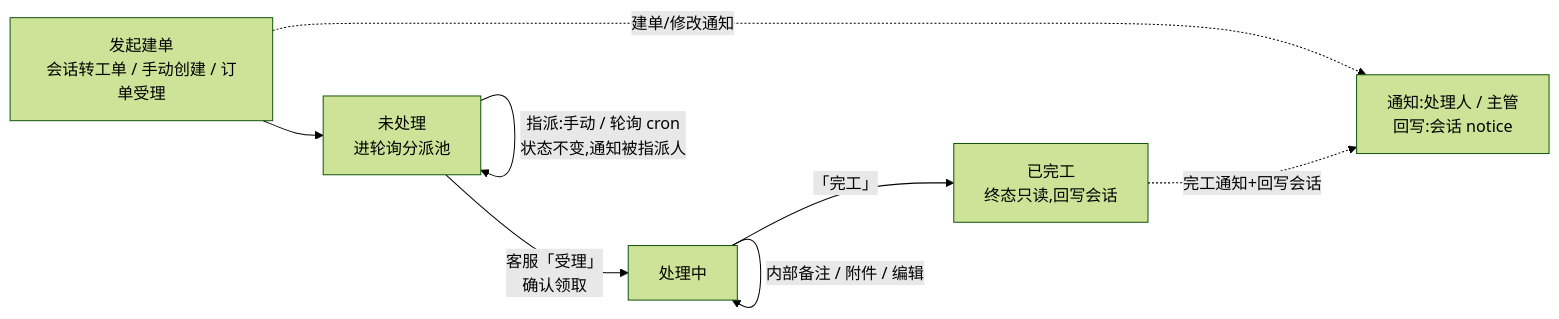
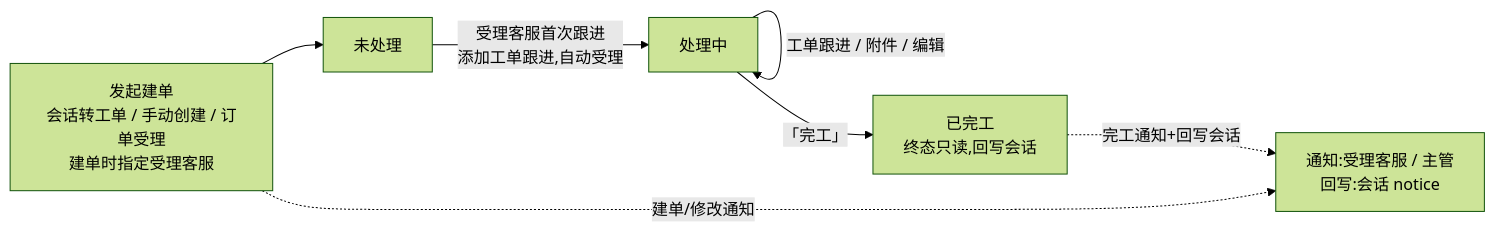
The second of 5 diagrams in prototype-cs/PRD/客服工单/PRD-客服工单-V0.6.md (lyuxiaohei/OCS), drawn with Mermaid (forest theme) before and after one commit. The commit also changed other lines of this file and 16 other files, not shown here.

````diff
--- a/prototype-cs/PRD/客服工单/PRD-客服工单-V0.6.md
+++ b/prototype-cs/PRD/客服工单/PRD-客服工单-V0.6.md
@@ -36,12 +35,10 @@
 ```mermaid
 flowchart LR
-    A[发起建单<br/>会话转工单 / 手动创建 / 订单受理] --> B[未处理<br/>进轮询分派池]
-    B -->|指派:手动 / 轮询 cron<br/>状态不变,通知被指派人| B
-    B -->|客服「受理」<br/>确认领取| C[处理中]
-    C -->|转单换人| C
-    C -->|催办:人工 / 超时 cron 自动<br/>通知处理人+主管| C
-    C -->|内部备注 / 附件 / 编辑| C
+    A[发起建单<br/>会话转工单 / 手动创建 / 订单受理<br/>建单时指定受理客服] --> B[未处理]
+    B -->|受理客服首次跟进<br/>添加工单跟进,自动受理| C[处理中]
+    C -->|催办:人工 / 超时 cron 自动<br/>通知受理客服+主管| C
+    C -->|工单跟进 / 附件 / 编辑| C
     C -->|「完工」| D[已完工<br/>终态只读,回写会话]
-    A -.建单/修改通知.-> N[通知:处理人 / 主管<br/>回写:会话 notice]
+    A -.建单/修改通知.-> N[通知:受理客服 / 主管<br/>回写:会话 notice]
     D -.完工通知+回写会话.-> N
 ```
````
